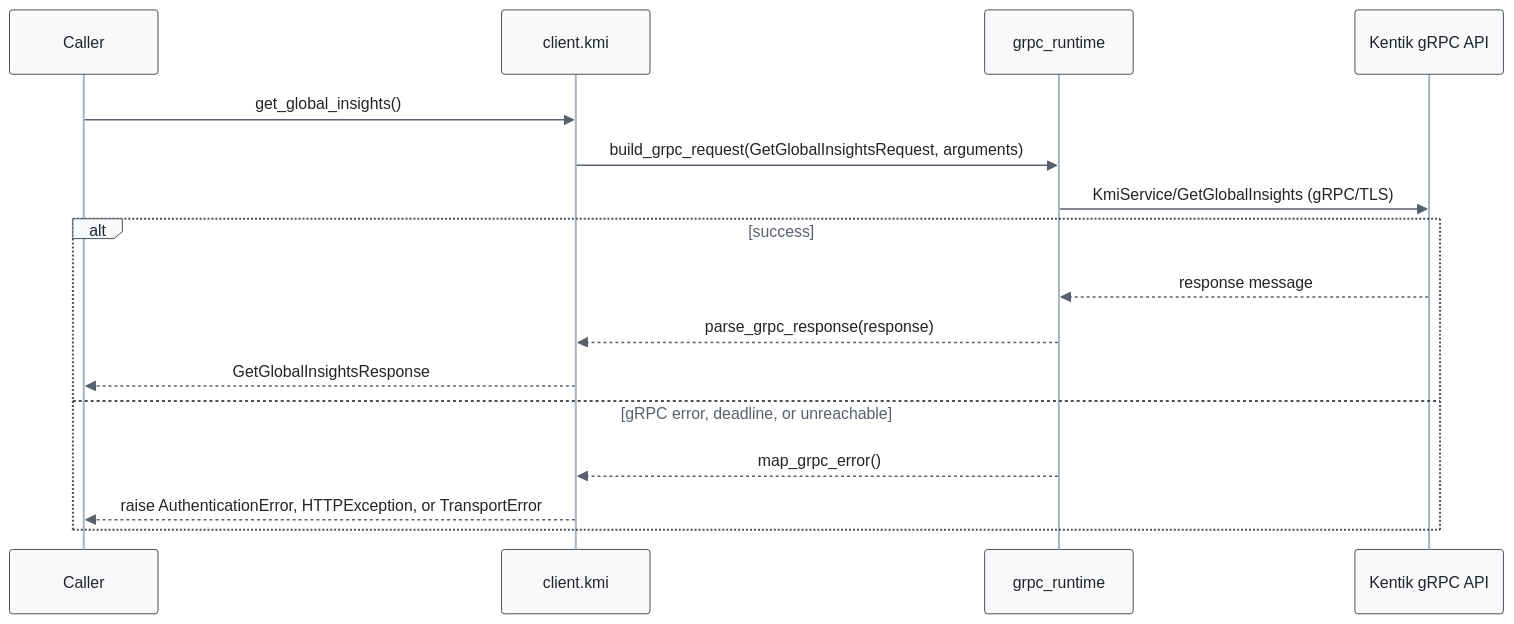
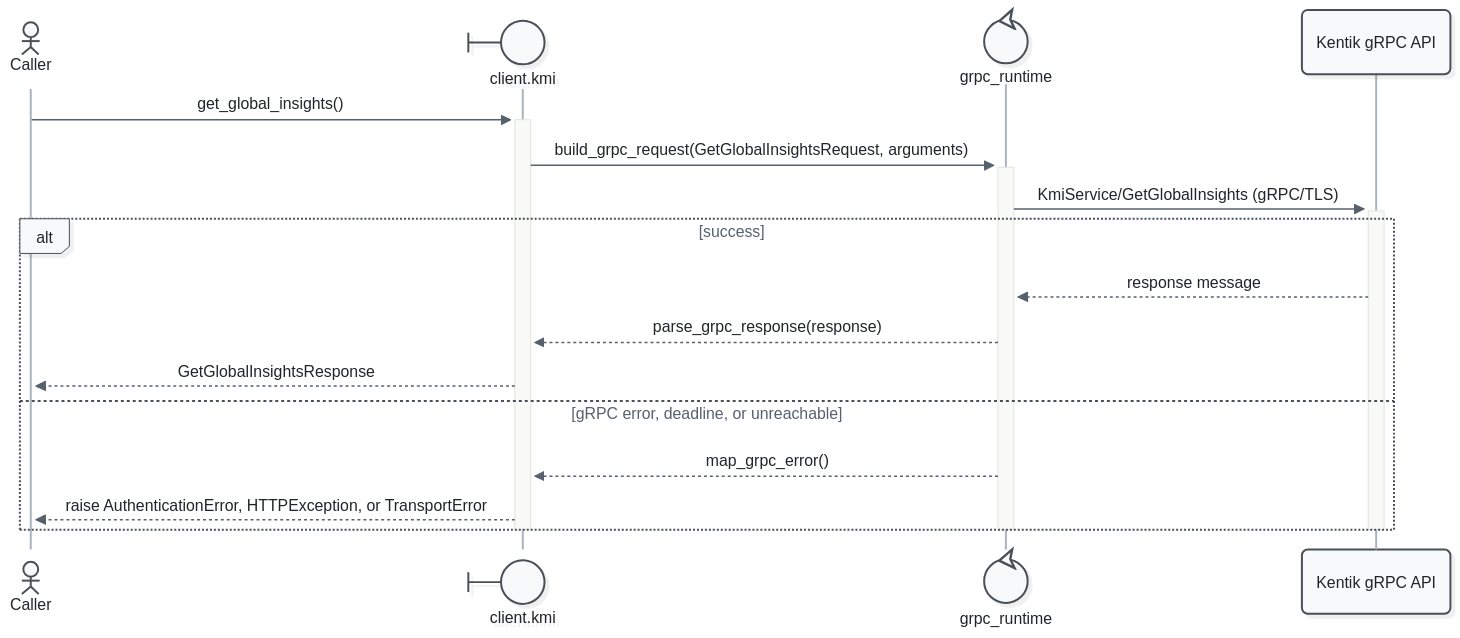
One commit to alexdearaujo/community_sdk_python changed the second of 11 diagrams in docs/sphinx/services/kmi.md. Above: the diagram before and after it, drawn with Mermaid. The commit also changed other lines of this file and 52 other files, not shown here.

First line of the commit message:
docs: Mermaid 12 sequence diagrams with participant types and path colors

````diff
--- a/docs/sphinx/services/kmi.md
+++ b/docs/sphinx/services/kmi.md
@@ -55,20 +57,23 @@
 ```mermaid
-%%{init: {"theme": "base", "fontFamily": "ui-monospace, SFMono-Regular, Menlo, monospace", "themeVariables": {"fontFamily": "ui-monospace, SFMono-Regular, Menlo, monospace", "primaryColor": "#f8f9fa", "primaryBorderColor": "#495057", "primaryTextColor": "#212529", "textColor": "#212529", "lineColor": "#77818c", "edgeLabelBackground": "#ffffff", "actorBkg": "#f8f9fa", "actorBorder": "#495057", "actorTextColor": "#212529", "actorLineColor": "#a9b3be", "signalColor": "#57616d", "signalTextColor": "#212529", "labelBoxBkgColor": "#f8f9fa", "labelBoxBorderColor": "#495057", "labelTextColor": "#212529", "loopTextColor": "#57616d", "noteBkgColor": "#fff9db", "noteBorderColor": "#f08c00", "noteTextColor": "#a35a00"}, "flowchart": {"curve": "step", "nodeSpacing": 30, "rankSpacing": 70, "wrappingWidth": 400}}}%%
+%%{init: {"theme": "redux", "look": "neo", "layout": "dagre", "fontFamily": "ui-monospace, SFMono-Regular, Menlo, monospace", "themeVariables": {"fontFamily": "ui-monospace, SFMono-Regular, Menlo, monospace", "primaryColor": "#f8f9fa", "primaryBorderColor": "#495057", "primaryTextColor": "#212529", "textColor": "#212529", "lineColor": "#77818c", "edgeLabelBackground": "#ffffff", "actorBkg": "#f8f9fa", "actorBorder": "#495057", "actorTextColor": "#212529", "actorLineColor": "#a9b3be", "signalColor": "#57616d", "signalTextColor": "#212529", "labelBoxBkgColor": "#f8f9fa", "labelBoxBorderColor": "#495057", "labelTextColor": "#212529", "loopTextColor": "#57616d", "noteBkgColor": "#fff9db", "noteBorderColor": "#f08c00", "noteTextColor": "#a35a00"}, "sequence": {"activationWidth": 16}, "flowchart": {"curve": "step", "nodeSpacing": 30, "rankSpacing": 70, "wrappingWidth": 400}}}%%
 sequenceDiagram
-    participant C as Caller
-    participant W as client.kmi
-    participant R as grpc_runtime
+    actor C as Caller
+    participant W@{ "type": "boundary" } as client.kmi
+    participant R@{ "type": "control" } as grpc_runtime
     participant API as Kentik gRPC API
 
-    C->>W: get_global_insights()
-    W->>R: build_grpc_request(GetGlobalInsightsRequest, arguments)
-    R->>API: KmiService/GetGlobalInsights (gRPC/TLS)
+    C->>+W: get_global_insights()
+    W->>+R: build_grpc_request(GetGlobalInsightsRequest, arguments)
+    R->>+API: KmiService/GetGlobalInsights (gRPC/TLS)
     alt success
         API-->>R: response message
         R-->>W: parse_grpc_response(response)
         W-->>C: GetGlobalInsightsResponse
     else gRPC error, deadline, or unreachable
         R-->>W: map_grpc_error()
         W-->>C: raise AuthenticationError, HTTPException, or TransportError
     end
+    deactivate API
+    deactivate R
+    deactivate W
 ```
````
